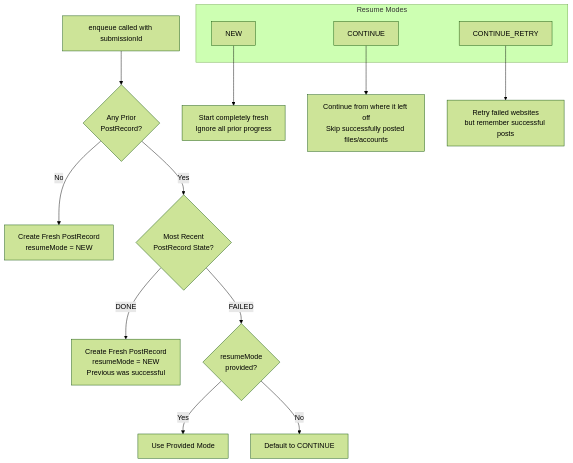
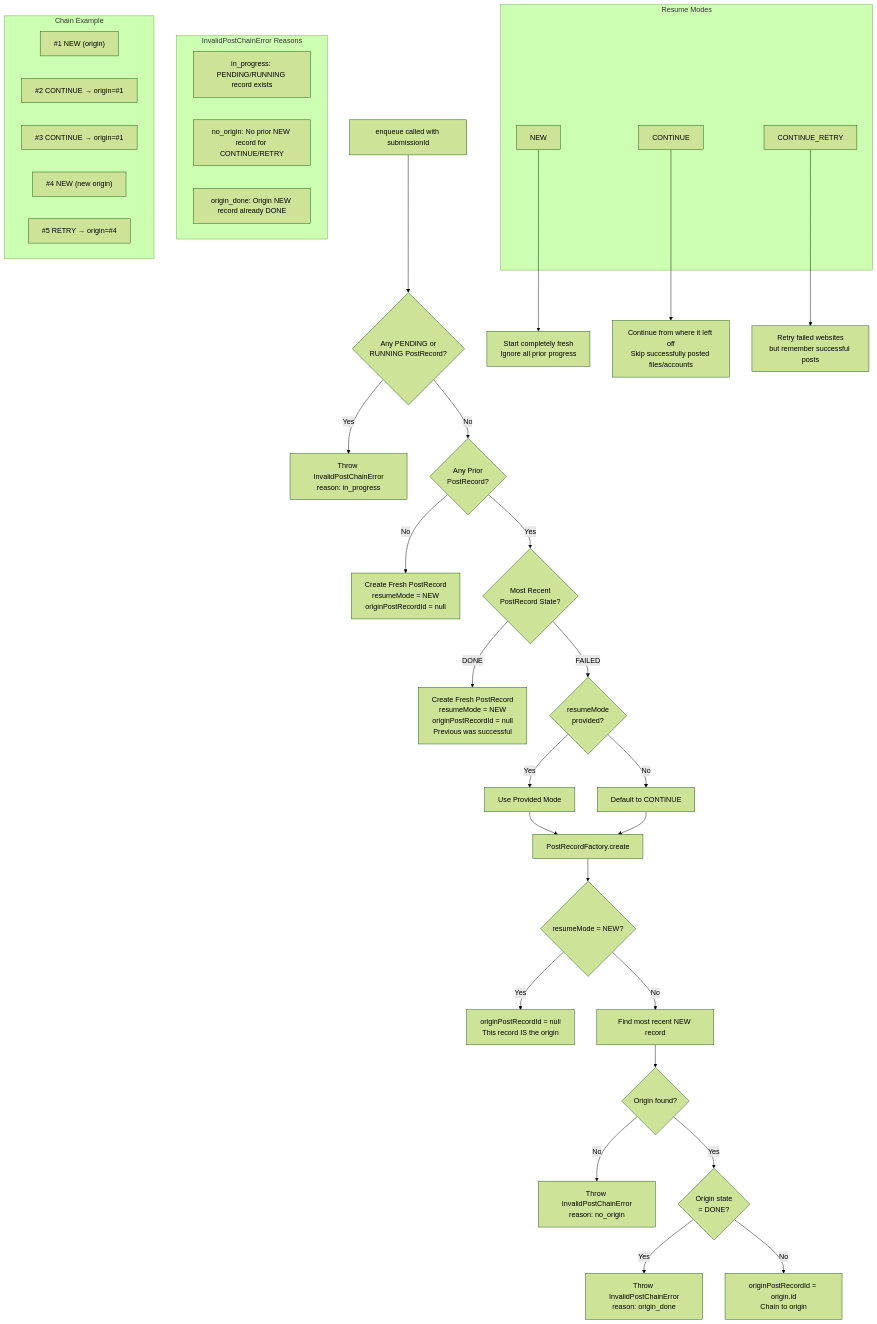
The second of 10 diagrams in docs/POST_QUEUE_FLOWS.md (mvdicarlo/postybirb), drawn with Mermaid (forest theme) before and after one commit. The commit also changed other lines of this file and 11 other files, not shown here.

Commit message:
refactor: add in origin id for easier association of post chains

````diff
--- a/docs/POST_QUEUE_FLOWS.md
+++ b/docs/POST_QUEUE_FLOWS.md
@@ -43,25 +43,56 @@
 ```mermaid
 flowchart TD
-    A[enqueue called with submissionId] --> B{Any Prior<br/>PostRecord?}
+    A[enqueue called with submissionId] --> AA{Any PENDING or<br/>RUNNING PostRecord?}
 
-    B -->|No| C[Create Fresh PostRecord<br/>resumeMode = NEW]
+    AA -->|Yes| AB[Throw InvalidPostChainError<br/>reason: in_progress]
+
+    AA -->|No| B{Any Prior<br/>PostRecord?}
+
+    B -->|No| C[Create Fresh PostRecord<br/>resumeMode = NEW<br/>originPostRecordId = null]
 
     B -->|Yes| D{Most Recent<br/>PostRecord State?}
 
-    D -->|DONE| E[Create Fresh PostRecord<br/>resumeMode = NEW<br/>Previous was successful]
+    D -->|DONE| E[Create Fresh PostRecord<br/>resumeMode = NEW<br/>originPostRecordId = null<br/>Previous was successful]
 
     D -->|FAILED| F{resumeMode<br/>provided?}
 
     F -->|Yes| G[Use Provided Mode]
     F -->|No| H[Default to CONTINUE]
 
+    G --> I[PostRecordFactory.create]
+    H --> I
+
+    I --> J{resumeMode = NEW?}
+    J -->|Yes| K[originPostRecordId = null<br/>This record IS the origin]
+    J -->|No| L[Find most recent NEW record]
+
+    L --> M{Origin found?}
+    M -->|No| N[Throw InvalidPostChainError<br/>reason: no_origin]
+    M -->|Yes| MA{Origin state<br/>= DONE?}
+    MA -->|Yes| MB[Throw InvalidPostChainError<br/>reason: origin_done]
+    MA -->|No| O[originPostRecordId = origin.id<br/>Chain to origin]
+
     subgraph Resume Modes
-        I[NEW]
-        J[CONTINUE]
-        K[CONTINUE_RETRY]
+        P[NEW]
+        Q[CONTINUE]
+        R[CONTINUE_RETRY]
     end
 
-    I --> L[Start completely fresh<br/>Ignore all prior progress]
-    J --> M[Continue from where it left off<br/>Skip successfully posted files/accounts]
-    K --> N[Retry failed websites<br/>but remember successful posts]
+    P --> S[Start completely fresh<br/>Ignore all prior progress]
+    Q --> T[Continue from where it left off<br/>Skip successfully posted files/accounts]
+    R --> U[Retry failed websites<br/>but remember successful posts]
+
+    subgraph InvalidPostChainError Reasons
+        ERR1[in_progress: PENDING/RUNNING record exists]
+        ERR2[no_origin: No prior NEW record for CONTINUE/RETRY]
+        ERR3[origin_done: Origin NEW record already DONE]
+    end
+
+    subgraph Chain Example
+        V["#1 NEW (origin)"]
+        W["#2 CONTINUE → origin=#1"]
+        X["#3 CONTINUE → origin=#1"]
+        Y["#4 NEW (new origin)"]
+        Z["#5 RETRY → origin=#4"]
+    end
 ```
````
